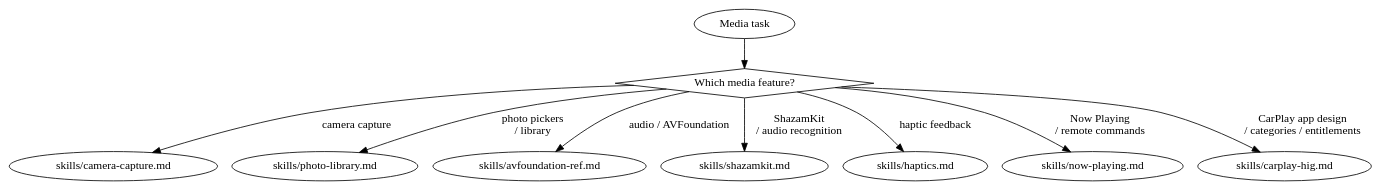
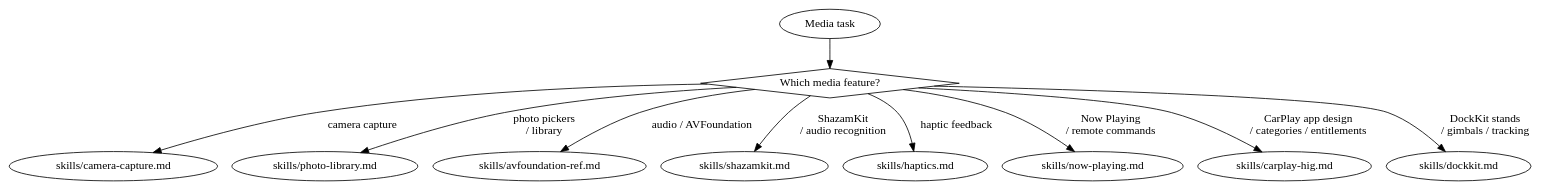
Before and after one commit to CharlesWiltgen/Axiom: the diagram in .claude-plugin/plugins/axiom/skills/axiom-media/SKILL.md, drawn with Graphviz. The commit also changed other lines of this file and 20 other files, not shown here.

First line of the commit message:
feat(skills): add DockKit and Live Activities sub-skills

````diff
--- a/.claude-plugin/plugins/axiom/skills/axiom-media/SKILL.md
+++ b/.claude-plugin/plugins/axiom/skills/axiom-media/SKILL.md
@@ -34,15 +35,16 @@
 ```dot
 digraph media {
     start [label="Media task" shape=ellipse];
     what [label="Which media feature?" shape=diamond];
 
     start -> what;
     what -> "skills/camera-capture.md" [label="camera capture"];
     what -> "skills/photo-library.md" [label="photo pickers\n/ library"];
     what -> "skills/avfoundation-ref.md" [label="audio / AVFoundation"];
     what -> "skills/shazamkit.md" [label="ShazamKit\n/ audio recognition"];
     what -> "skills/haptics.md" [label="haptic feedback"];
     what -> "skills/now-playing.md" [label="Now Playing\n/ remote commands"];
     what -> "skills/carplay-hig.md" [label="CarPlay app design\n/ categories / entitlements"];
+    what -> "skills/dockkit.md" [label="DockKit stands\n/ gimbals / tracking"];
 }
 ```
````
